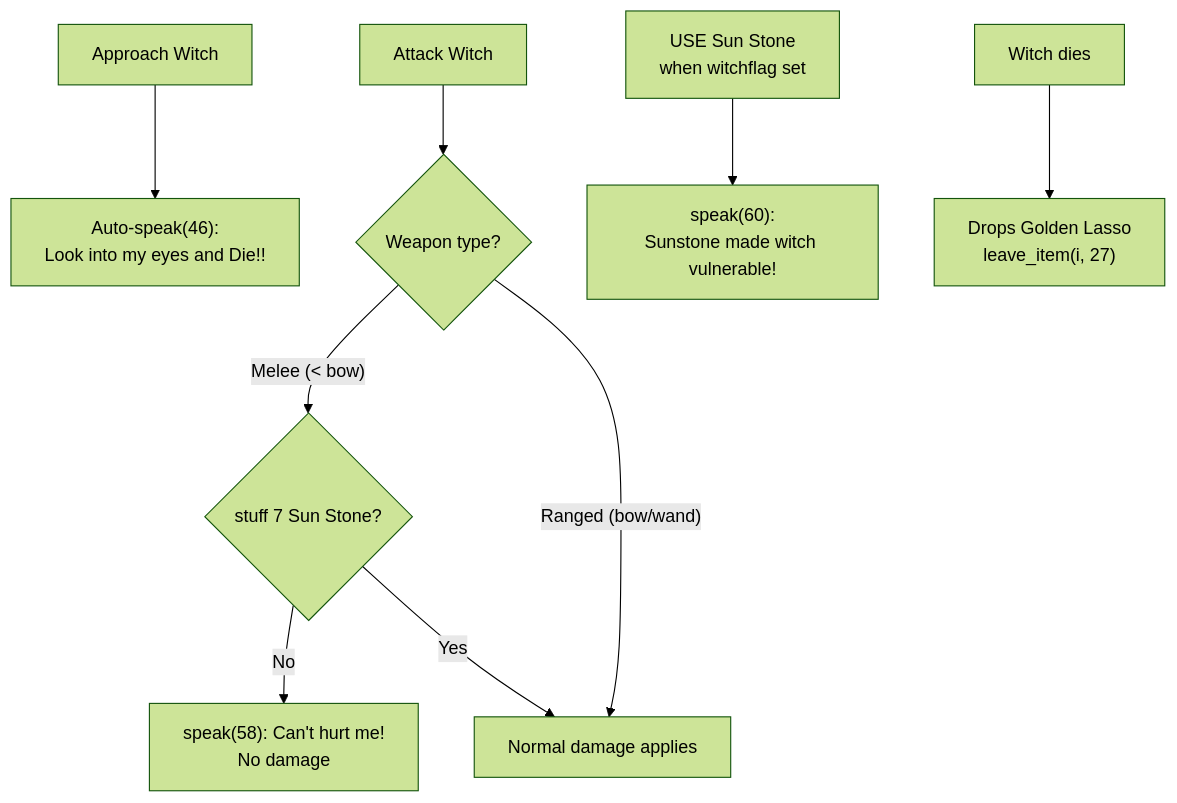
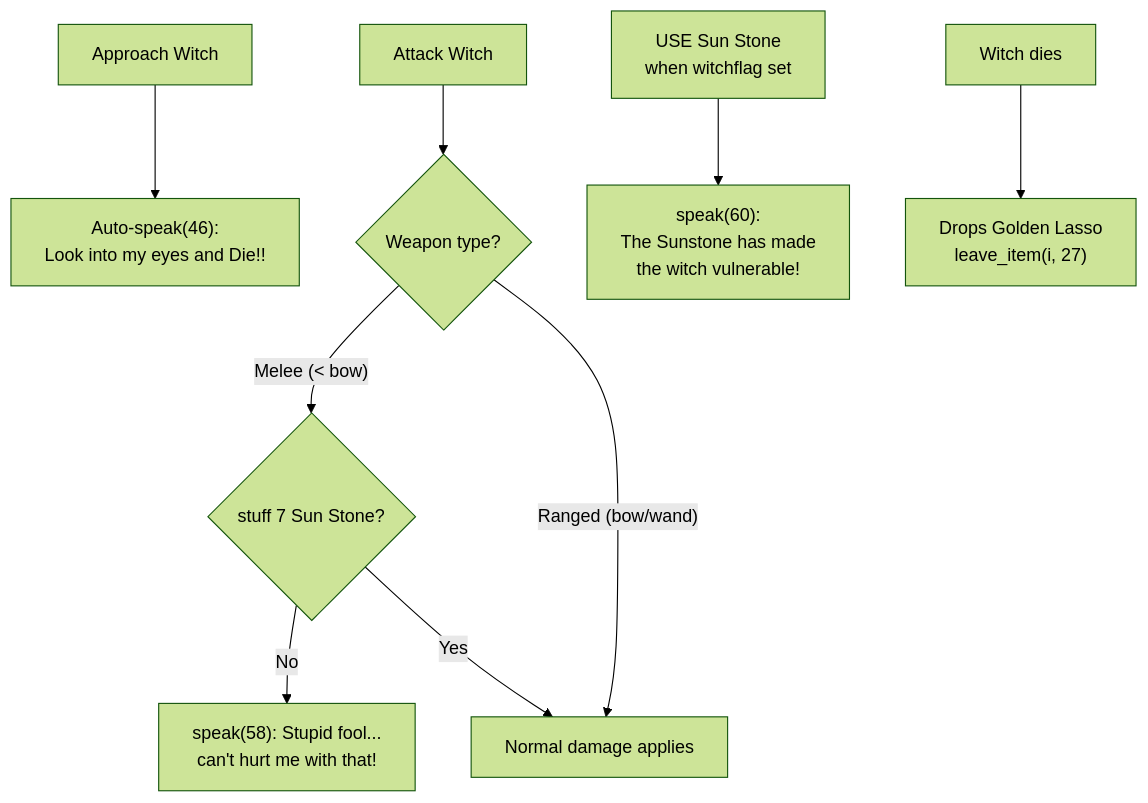
Before and after one commit to bacomatic/faery-tale-rs: diagram 16 of 18 in reference/STORYLINE-npcs.md, drawn with Mermaid (forest theme). The commit also changed other lines of this file and 20 other files, not shown here.

````diff
--- a/reference/STORYLINE-npcs.md
+++ b/reference/STORYLINE-npcs.md
@@ -354,13 +354,13 @@
 ```mermaid
 flowchart TD
     APPROACH[Approach Witch] --> AUTO["Auto-speak(46):<br>Look into my eyes and Die!!"]
     ATTACK[Attack Witch] --> WEAPON{Weapon type?}
     WEAPON -->|"Melee (< bow)"| SUN{stuff 7 Sun Stone?}
-    SUN -->|No| IMMUNE["speak(58): Can't hurt me!<br>No damage"]
+    SUN -->|No| IMMUNE["speak(58): Stupid fool...<br>can't hurt me with that!"]
     SUN -->|Yes| DAMAGE[Normal damage applies]
     WEAPON -->|"Ranged (bow/wand)"| DAMAGE
 
-    USE_SUNSTONE[USE Sun Stone<br>when witchflag set] --> VULNERABLE["speak(60):<br>Sunstone made witch vulnerable!"]
+    USE_SUNSTONE[USE Sun Stone<br>when witchflag set] --> VULNERABLE["speak(60):<br>The Sunstone has made<br>the witch vulnerable!"]
 
     WITCH_DIES[Witch dies] --> LASSO_DROP["Drops Golden Lasso<br>leave_item(i, 27)"]
 ```
````
